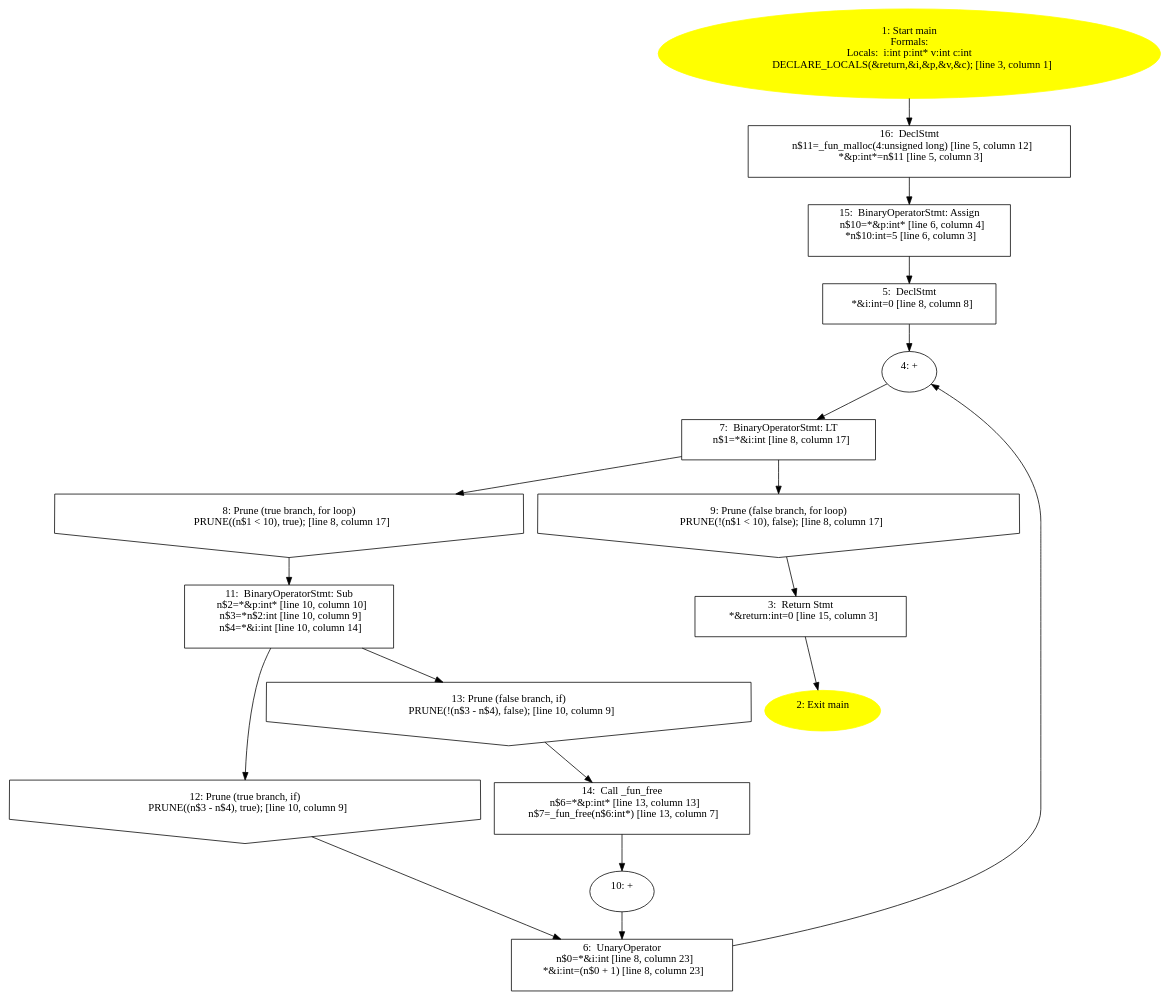
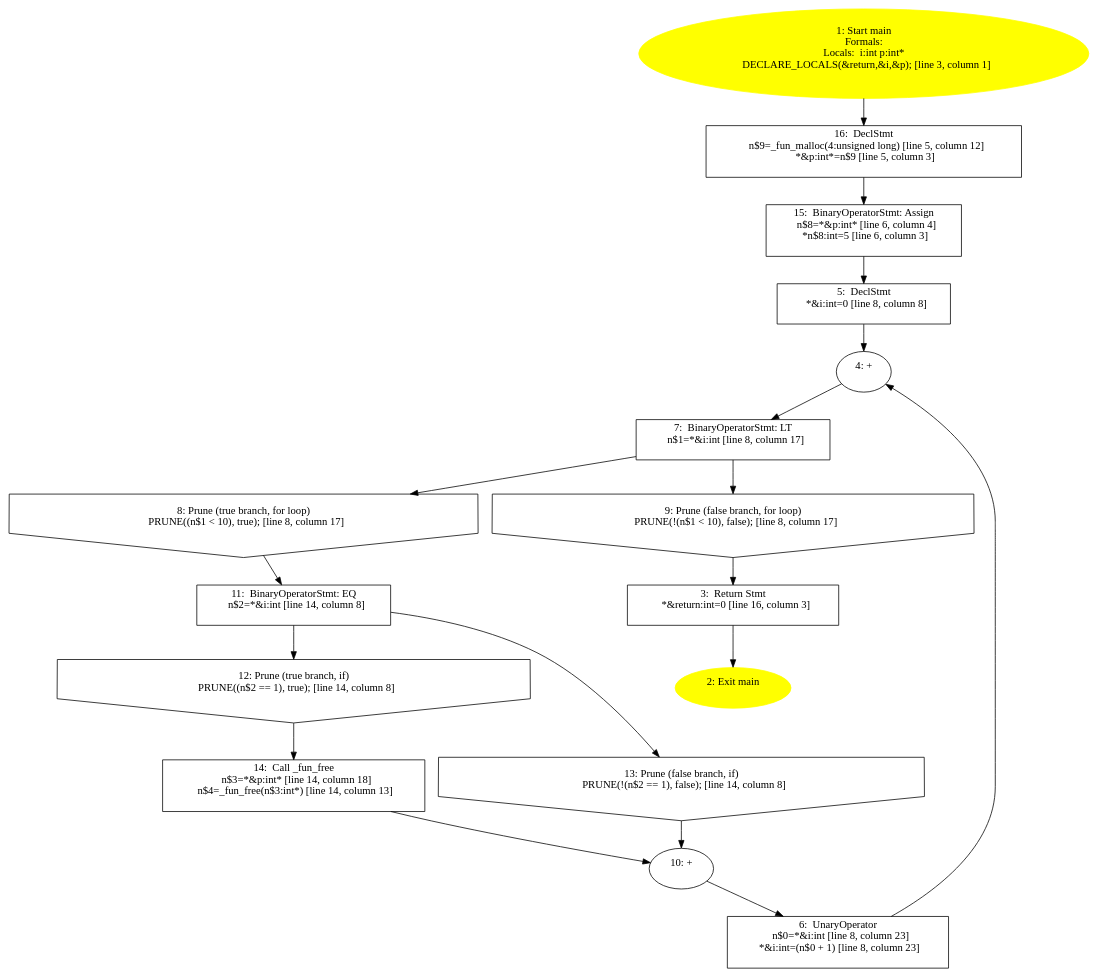
Before and after one commit to QIANZECHANG/saver: the diagram in example/UAF_MU/infer-out/captured/src.c.b9996786c0d0c7ca7785f2f6d38e80de/icfg.dot, drawn with Graphviz. The commit also changed 293 other files, not shown here.

```diff
--- a/example/UAF_MU/infer-out/captured/src.c.b9996786c0d0c7ca7785f2f6d38e80de/icfg.dot
+++ b/example/UAF_MU/infer-out/captured/src.c.b9996786c0d0c7ca7785f2f6d38e80de/icfg.dot
@@ -1,68 +1,68 @@
 /* @generated */
 digraph cfg {
-"main.fad58de7366495db4650cfefac2fcd61_1" [label="1: Start main\nFormals: \nLocals:  i:int p:int* v:int c:int \n   DECLARE_LOCALS(&return,&i,&p,&v,&c); [line 3, column 1]\n " color=yellow style=filled]
+"main.fad58de7366495db4650cfefac2fcd61_1" [label="1: Start main\nFormals: \nLocals:  i:int p:int* \n   DECLARE_LOCALS(&return,&i,&p); [line 3, column 1]\n " color=yellow style=filled]
 	
 
 	 "main.fad58de7366495db4650cfefac2fcd61_1" -> "main.fad58de7366495db4650cfefac2fcd61_16" ;
 "main.fad58de7366495db4650cfefac2fcd61_2" [label="2: Exit main \n  " color=yellow style=filled]
 	
 
-"main.fad58de7366495db4650cfefac2fcd61_3" [label="3:  Return Stmt \n   *&return:int=0 [line 15, column 3]\n " shape="box"]
+"main.fad58de7366495db4650cfefac2fcd61_3" [label="3:  Return Stmt \n   *&return:int=0 [line 16, column 3]\n " shape="box"]
 	
 
 	 "main.fad58de7366495db4650cfefac2fcd61_3" -> "main.fad58de7366495db4650cfefac2fcd61_2" ;
 "main.fad58de7366495db4650cfefac2fcd61_4" [label="4: + \n  " ]
 	
 
 	 "main.fad58de7366495db4650cfefac2fcd61_4" -> "main.fad58de7366495db4650cfefac2fcd61_7" ;
 "main.fad58de7366495db4650cfefac2fcd61_5" [label="5:  DeclStmt \n   *&i:int=0 [line 8, column 8]\n " shape="box"]
 	
 
 	 "main.fad58de7366495db4650cfefac2fcd61_5" -> "main.fad58de7366495db4650cfefac2fcd61_4" ;
 "main.fad58de7366495db4650cfefac2fcd61_6" [label="6:  UnaryOperator \n   n$0=*&i:int [line 8, column 23]\n  *&i:int=(n$0 + 1) [line 8, column 23]\n " shape="box"]
 	
 
 	 "main.fad58de7366495db4650cfefac2fcd61_6" -> "main.fad58de7366495db4650cfefac2fcd61_4" ;
 "main.fad58de7366495db4650cfefac2fcd61_7" [label="7:  BinaryOperatorStmt: LT \n   n$1=*&i:int [line 8, column 17]\n " shape="box"]
 	
 
 	 "main.fad58de7366495db4650cfefac2fcd61_7" -> "main.fad58de7366495db4650cfefac2fcd61_8" ;
 	 "main.fad58de7366495db4650cfefac2fcd61_7" -> "main.fad58de7366495db4650cfefac2fcd61_9" ;
 "main.fad58de7366495db4650cfefac2fcd61_8" [label="8: Prune (true branch, for loop) \n   PRUNE((n$1 < 10), true); [line 8, column 17]\n " shape="invhouse"]
 	
 
 	 "main.fad58de7366495db4650cfefac2fcd61_8" -> "main.fad58de7366495db4650cfefac2fcd61_11" ;
 "main.fad58de7366495db4650cfefac2fcd61_9" [label="9: Prune (false branch, for loop) \n   PRUNE(!(n$1 < 10), false); [line 8, column 17]\n " shape="invhouse"]
 	
 
 	 "main.fad58de7366495db4650cfefac2fcd61_9" -> "main.fad58de7366495db4650cfefac2fcd61_3" ;
 "main.fad58de7366495db4650cfefac2fcd61_10" [label="10: + \n  " ]
 	
 
 	 "main.fad58de7366495db4650cfefac2fcd61_10" -> "main.fad58de7366495db4650cfefac2fcd61_6" ;
-"main.fad58de7366495db4650cfefac2fcd61_11" [label="11:  BinaryOperatorStmt: Sub \n   n$2=*&p:int* [line 10, column 10]\n  n$3=*n$2:int [line 10, column 9]\n  n$4=*&i:int [line 10, column 14]\n " shape="box"]
+"main.fad58de7366495db4650cfefac2fcd61_11" [label="11:  BinaryOperatorStmt: EQ \n   n$2=*&i:int [line 14, column 8]\n " shape="box"]
 	
 
 	 "main.fad58de7366495db4650cfefac2fcd61_11" -> "main.fad58de7366495db4650cfefac2fcd61_12" ;
 	 "main.fad58de7366495db4650cfefac2fcd61_11" -> "main.fad58de7366495db4650cfefac2fcd61_13" ;
-"main.fad58de7366495db4650cfefac2fcd61_12" [label="12: Prune (true branch, if) \n   PRUNE((n$3 - n$4), true); [line 10, column 9]\n " shape="invhouse"]
+"main.fad58de7366495db4650cfefac2fcd61_12" [label="12: Prune (true branch, if) \n   PRUNE((n$2 == 1), true); [line 14, column 8]\n " shape="invhouse"]
 	
 
-	 "main.fad58de7366495db4650cfefac2fcd61_12" -> "main.fad58de7366495db4650cfefac2fcd61_6" ;
-"main.fad58de7366495db4650cfefac2fcd61_13" [label="13: Prune (false branch, if) \n   PRUNE(!(n$3 - n$4), false); [line 10, column 9]\n " shape="invhouse"]
+	 "main.fad58de7366495db4650cfefac2fcd61_12" -> "main.fad58de7366495db4650cfefac2fcd61_14" ;
+"main.fad58de7366495db4650cfefac2fcd61_13" [label="13: Prune (false branch, if) \n   PRUNE(!(n$2 == 1), false); [line 14, column 8]\n " shape="invhouse"]
 	
 
-	 "main.fad58de7366495db4650cfefac2fcd61_13" -> "main.fad58de7366495db4650cfefac2fcd61_14" ;
-"main.fad58de7366495db4650cfefac2fcd61_14" [label="14:  Call _fun_free \n   n$6=*&p:int* [line 13, column 13]\n  n$7=_fun_free(n$6:int*) [line 13, column 7]\n " shape="box"]
+	 "main.fad58de7366495db4650cfefac2fcd61_13" -> "main.fad58de7366495db4650cfefac2fcd61_10" ;
+"main.fad58de7366495db4650cfefac2fcd61_14" [label="14:  Call _fun_free \n   n$3=*&p:int* [line 14, column 18]\n  n$4=_fun_free(n$3:int*) [line 14, column 13]\n " shape="box"]
 	
 
 	 "main.fad58de7366495db4650cfefac2fcd61_14" -> "main.fad58de7366495db4650cfefac2fcd61_10" ;
-"main.fad58de7366495db4650cfefac2fcd61_15" [label="15:  BinaryOperatorStmt: Assign \n   n$10=*&p:int* [line 6, column 4]\n  *n$10:int=5 [line 6, column 3]\n " shape="box"]
+"main.fad58de7366495db4650cfefac2fcd61_15" [label="15:  BinaryOperatorStmt: Assign \n   n$8=*&p:int* [line 6, column 4]\n  *n$8:int=5 [line 6, column 3]\n " shape="box"]
 	
 
 	 "main.fad58de7366495db4650cfefac2fcd61_15" -> "main.fad58de7366495db4650cfefac2fcd61_5" ;
-"main.fad58de7366495db4650cfefac2fcd61_16" [label="16:  DeclStmt \n   n$11=_fun_malloc(4:unsigned long) [line 5, column 12]\n  *&p:int*=n$11 [line 5, column 3]\n " shape="box"]
+"main.fad58de7366495db4650cfefac2fcd61_16" [label="16:  DeclStmt \n   n$9=_fun_malloc(4:unsigned long) [line 5, column 12]\n  *&p:int*=n$9 [line 5, column 3]\n " shape="box"]
 	
 
 	 "main.fad58de7366495db4650cfefac2fcd61_16" -> "main.fad58de7366495db4650cfefac2fcd61_15" ;
 }
```
